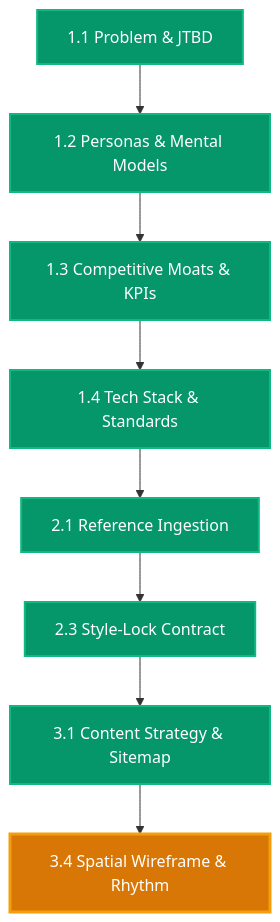
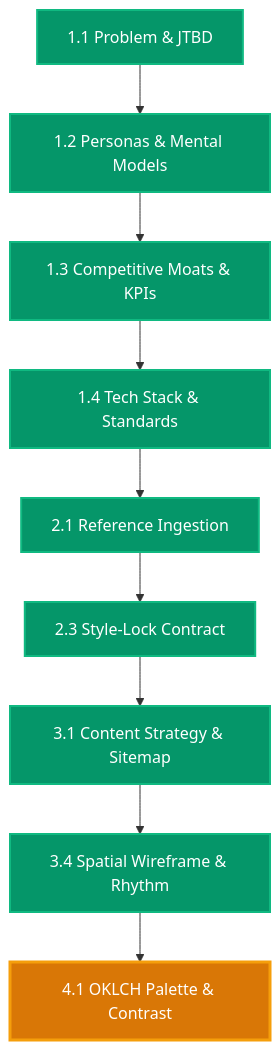
One commit to atinek-182/Vidya-Dham-Academy changed the diagram in RESUME.md. Above: the diagram before and after it, drawn with Mermaid. The commit also changed other lines of this file and 6 other files, not shown here.

Commit message:
[GATE] Phase 3.4 Completed: Spatial Wireframing, Wave 3 Gate Cleared, and Handoff to Phase 4.1

````diff
--- a/RESUME.md
+++ b/RESUME.md
@@ -41,14 +41,15 @@
 ```mermaid
 graph TD
   P1_1["1.1 Problem & JTBD"]:::completed --> P1_2["1.2 Personas & Mental Models"]:::completed
   P1_2 --> P1_3["1.3 Competitive Moats & KPIs"]:::completed
   P1_3 --> P1_4["1.4 Tech Stack & Standards"]:::completed
   P1_4 --> P2_1["2.1 Reference Ingestion"]:::completed
   P2_1 --> P2_3["2.3 Style-Lock Contract"]:::completed
   P2_3 --> P3_1["3.1 Content Strategy & Sitemap"]:::completed
-  P3_1 --> P3_4["3.4 Spatial Wireframe & Rhythm"]:::active
+  P3_1 --> P3_4["3.4 Spatial Wireframe & Rhythm"]:::completed
+  P3_4 --> P4_1["4.1 OKLCH Palette & Contrast"]:::active
 
   classDef completed fill:#059669,stroke:#10b981,color:#ffffff,stroke-width:2px;
   classDef active fill:#d97706,stroke:#f59e0b,color:#ffffff,stroke-width:3px;
   classDef pending fill:#1f2937,stroke:#374151,color:#9ca3af,stroke-width:1px;
 ```
````
